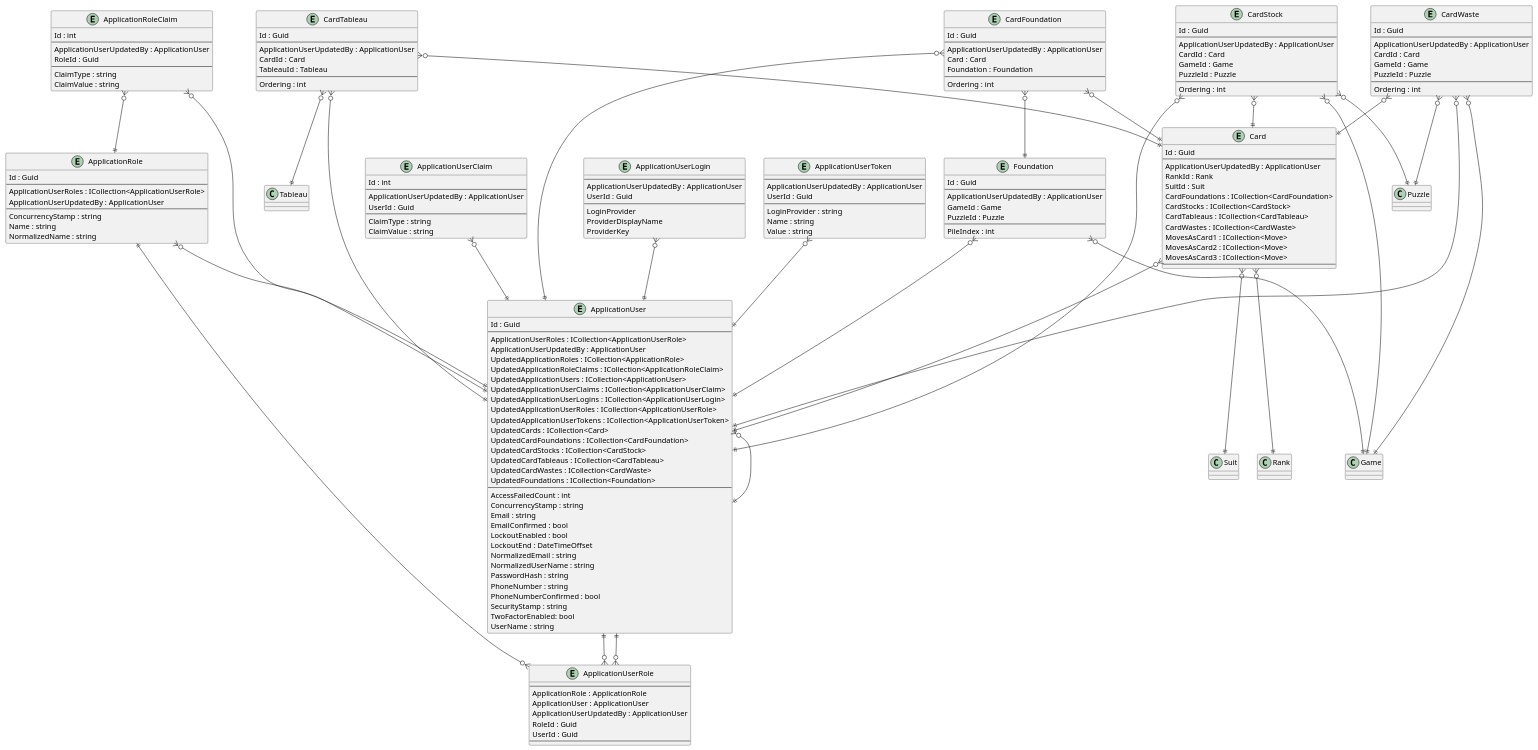
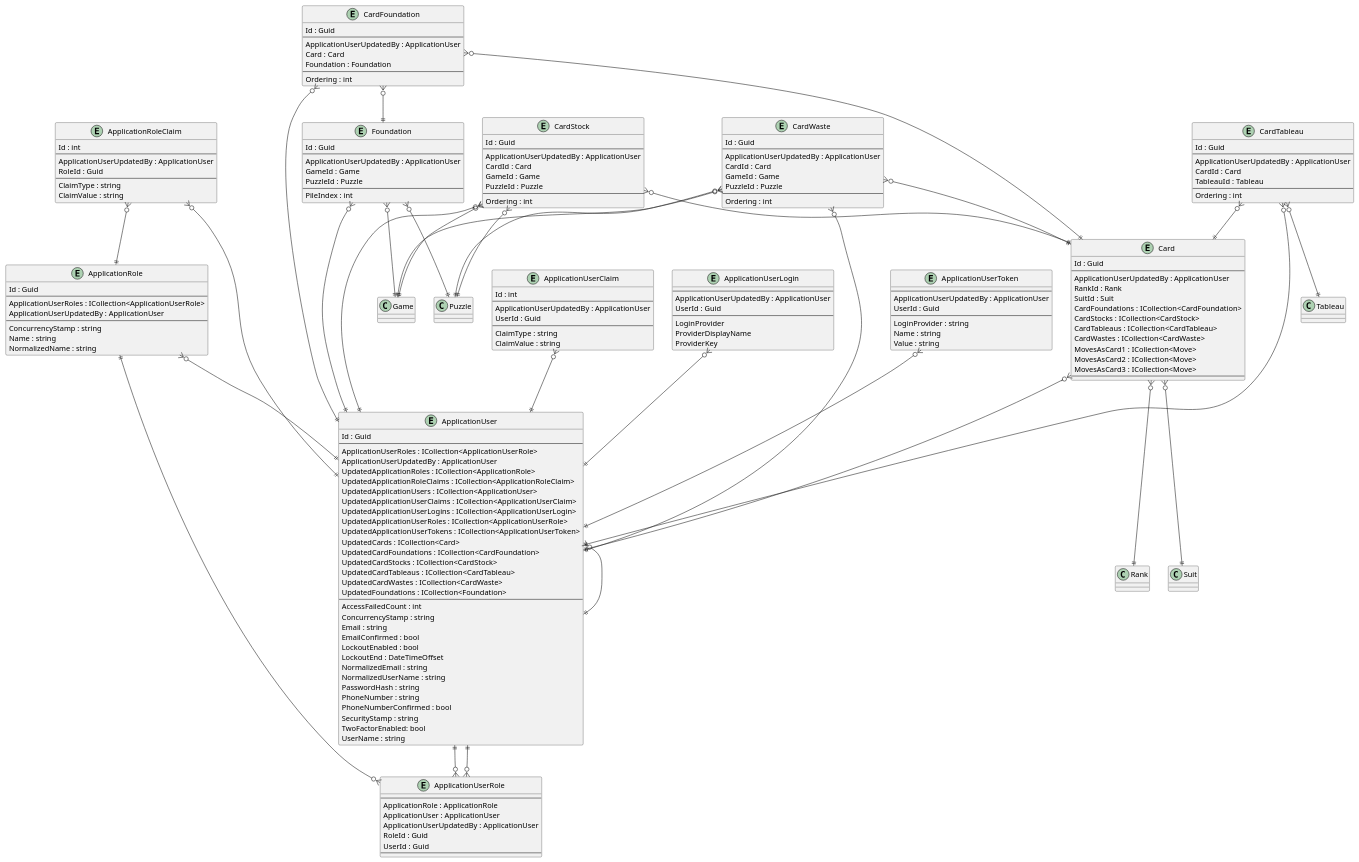
Before and after one commit to intrepion/intrepion_klondike-solitaire_csharp: the diagram in .docs/Intrepion.KlondikeSolitaire.pu, drawn with PlantUML.

```diff
--- a/.docs/Intrepion.KlondikeSolitaire.pu
+++ b/.docs/Intrepion.KlondikeSolitaire.pu
@@ -209,6 +209,7 @@
 CardWaste }o--|| Puzzle
 Foundation }o--|| ApplicationUser
 Foundation }o--|| Game
+Foundation }o--|| Puzzle
 ' RelationshipCodePlaceholder
 
 @enduml
```
